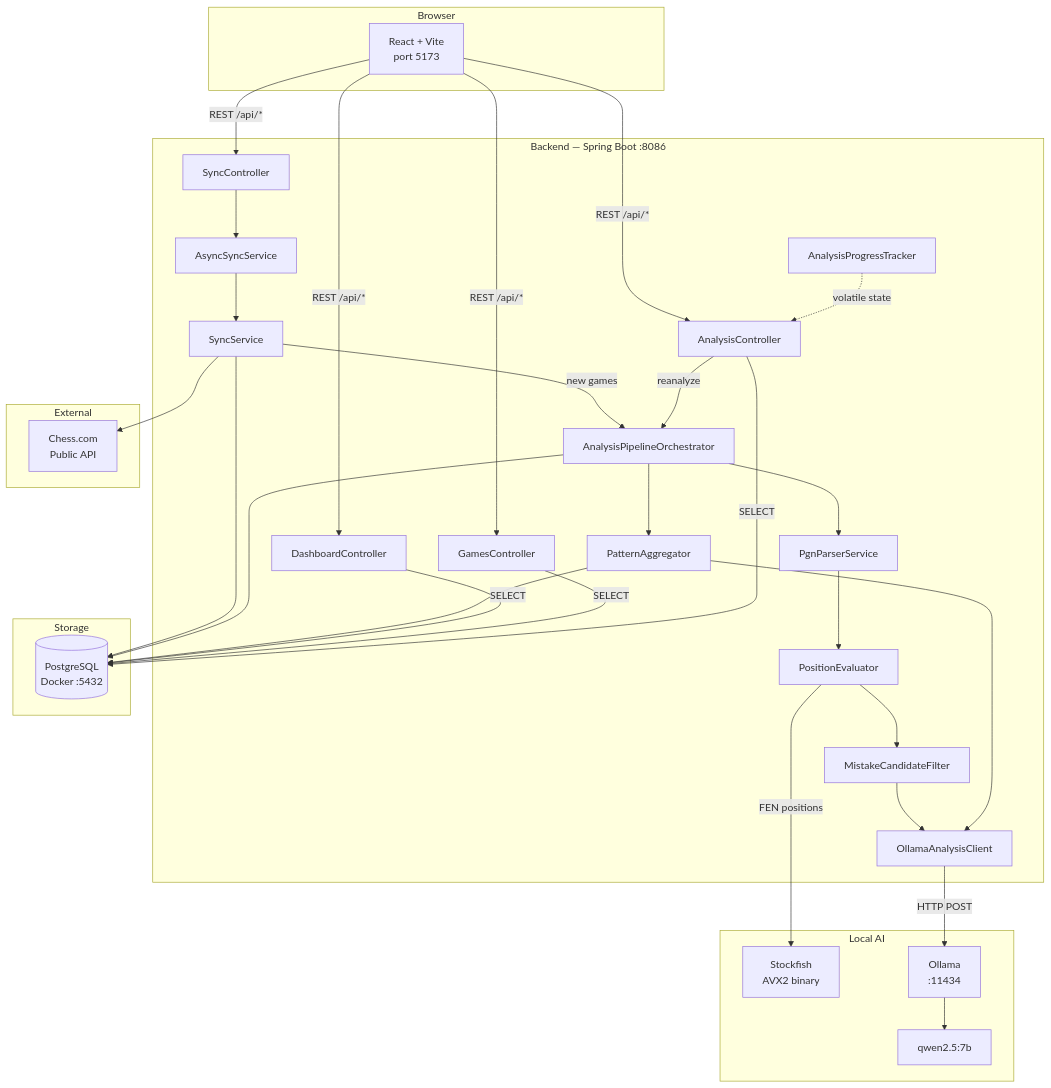
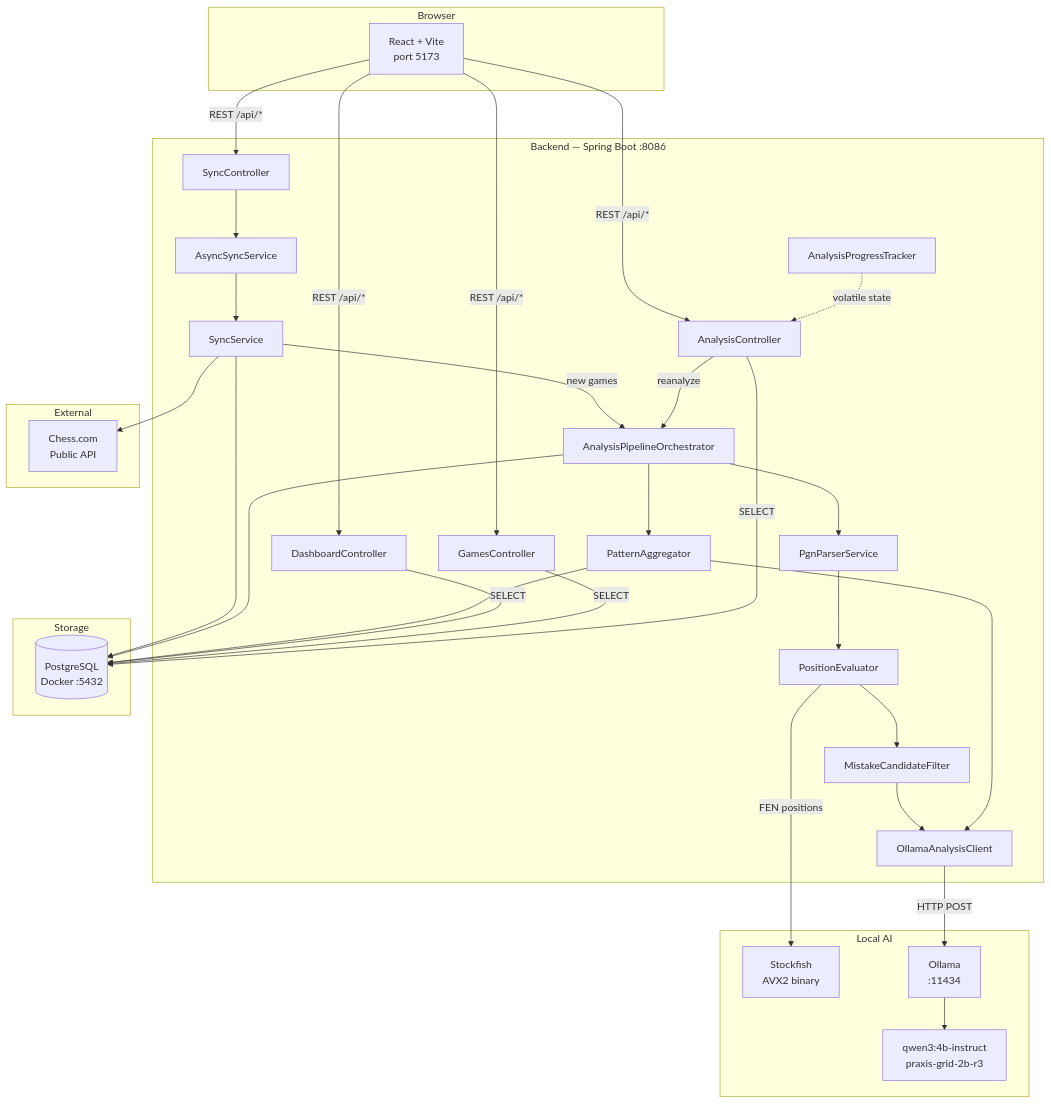
The first of 14 diagrams in ARCHITECTURE.md (Praxis-Chess/Praxis-Chess), drawn with Mermaid before and after one commit. The commit also changed other lines of this file and 168 other files, not shown here.

````diff
--- a/ARCHITECTURE.md
+++ b/ARCHITECTURE.md
@@ -131,49 +131,50 @@
 ```mermaid
 graph TB
     subgraph Browser
         UI[React + Vite\nport 5173]
     end
 
     subgraph Backend["Backend — Spring Boot :8086"]
         SC[SyncController]
         AC[AnalysisController]
         DC[DashboardController]
         GC[GamesController]
         ASS[AsyncSyncService]
         SS[SyncService]
         APO[AnalysisPipelineOrchestrator]
         PA[PatternAggregator]
         APT[AnalysisProgressTracker]
         PS[PgnParserService]
         PE[PositionEvaluator]
         MCF[MistakeCandidateFilter]
         OAC[OllamaAnalysisClient]
     end
 
     subgraph Storage
         PG[(PostgreSQL\nDocker :5432)]
     end
 
     subgraph Local["Local AI"]
         SF[Stockfish\nAVX2 binary]
         OL[Ollama\n:11434]
-        QW[qwen2.5:7b]
+        QW[qwen3:4b-instruct
+praxis-grid-2b-r3]
     end
 
     subgraph External
         CC[Chess.com\nPublic API]
     end
 
     UI -- "REST /api/*" --> SC & AC & DC & GC
     SC --> ASS --> SS
     SS -- "new games" --> APO
     AC -- "reanalyze" --> APO
     APO --> PS --> PE --> MCF --> OAC
     PE -- "FEN positions" --> SF
     OAC -- "HTTP POST" --> OL --> QW
     APO --> PA --> OAC
     SS & APO & PA --> PG
     DC & GC & AC -- "SELECT" --> PG
     SS --> CC
     APT -. "volatile state" .-> AC
 ```
````
